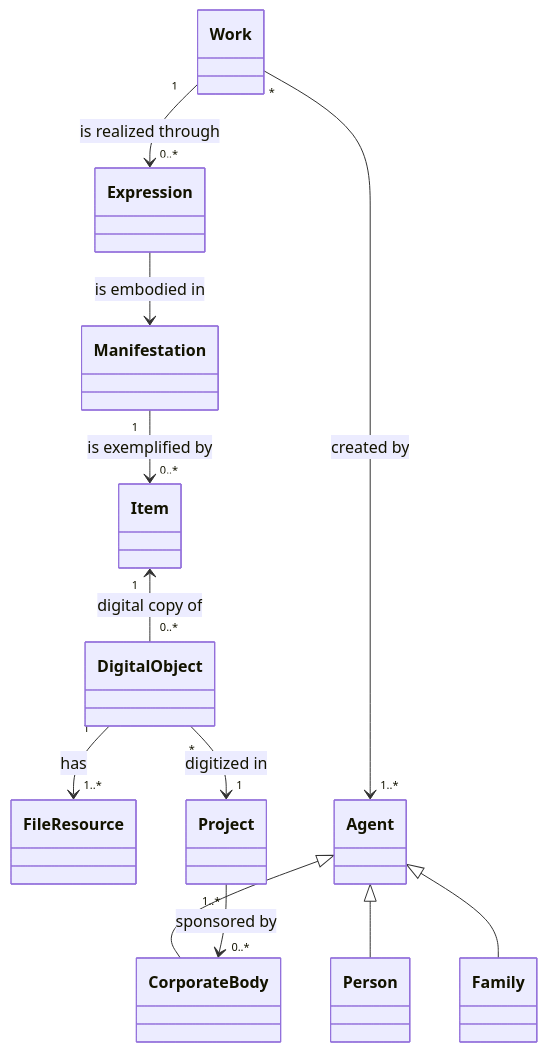
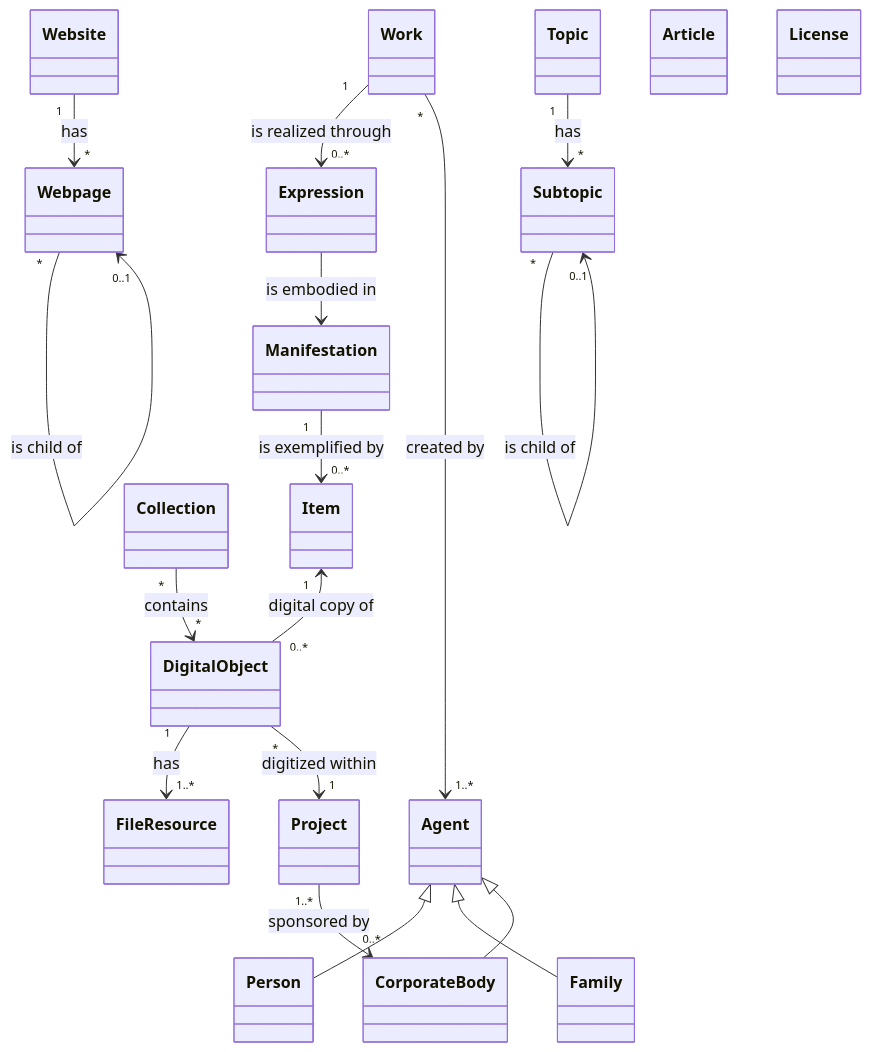
Before and after one commit to dbmdz/digitalcollections-model: the diagram in domain-model.mmd, drawn with Mermaid. The commit also changed 3 other files, not shown here.

Commit message:
Add documentation and diagram

```diff
--- a/domain-model.mmd
+++ b/domain-model.mmd
@@ -1,24 +1,34 @@
 
 classDiagram
   Work "1" --> "0..*" Expression : is realized through
   Expression --> Manifestation : is embodied in
   Manifestation "1" --> "0..*" Item : is exemplified by
   Item "1" <-- "0..*" DigitalObject : digital copy of
   DigitalObject "1" --> "1..*" FileResource : has
 
   Work "*" --> "1..*" Agent : created by
   Agent <|-- Person
   Agent <|-- Family
   Agent <|-- CorporateBody
   Project "1..*" --> "0..*" CorporateBody : sponsored by
-  DigitalObject "*" --> "1" Project : digitized in
+  DigitalObject "*" --> "1" Project : digitized within
+  Collection "*" --> "*" DigitalObject : contains
   
 
   link Work "https://web.library.yale.edu/cataloging/music/frbr-wemi-music#work" "See https://web.library.yale.edu/cataloging/music/frbr-wemi-music#work"
   link Expression "https://web.library.yale.edu/cataloging/music/frbr-wemi-music#expression" "See https://web.library.yale.edu/cataloging/music/frbr-wemi-music#expression"
   link Manifestation "https://web.library.yale.edu/cataloging/music/frbr-wemi-music#manifestation" "See https://web.library.yale.edu/cataloging/music/frbr-wemi-music#manifestation"
   link Item "https://web.library.yale.edu/cataloging/music/frbr-wemi-music#item" "See https://web.library.yale.edu/cataloging/music/frbr-wemi-music#item"
 
   %%Item : +Set<Identifier> identifiers
   %%DigitalObject : +Set<Identifier> identifiers
   %%Project : +Set<Identifier> identifiers
+
+  Website "1" --> "*" Webpage : has
+  Webpage "*" --> "0..1" Webpage : is child of
+
+  Topic "1" --> "*" Subtopic : has
+  Subtopic "*" --> "0..1" Subtopic : is child of
+
+  class Article
+  class License
```
